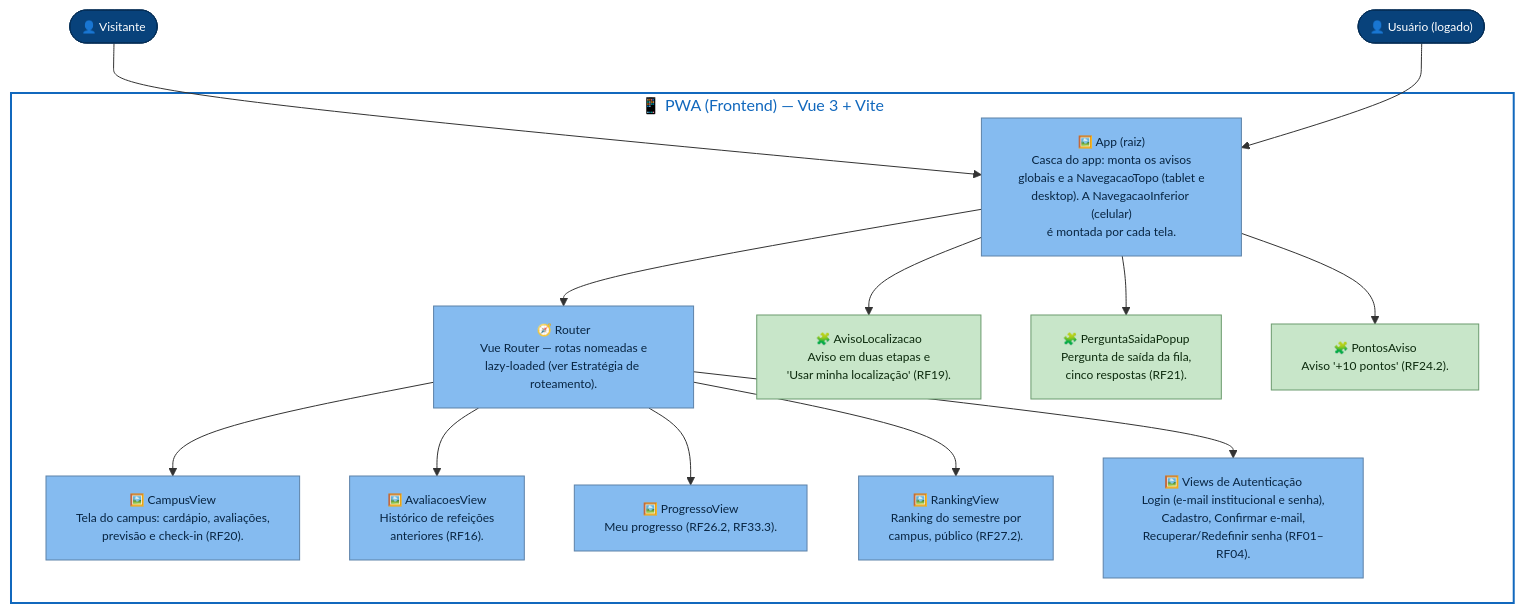
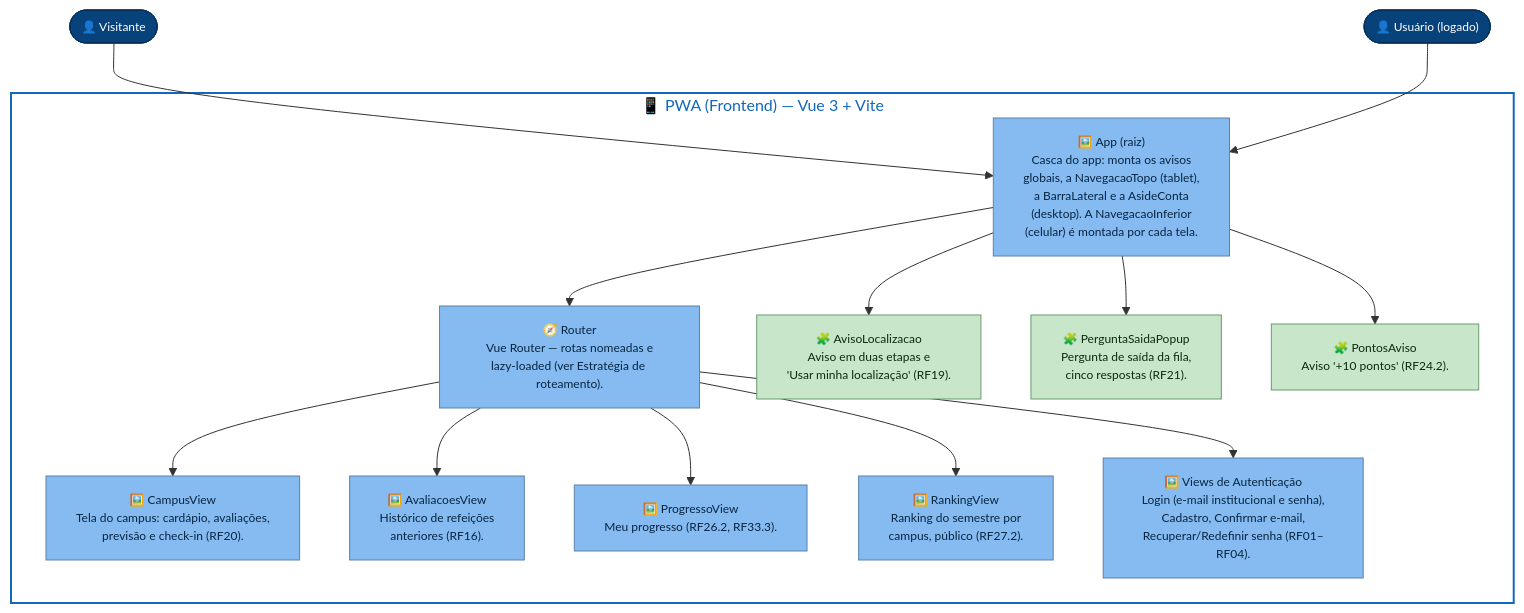
One commit to unb-mds/2026-2-Bandejao-UnB changed the first of 11 diagrams in docs/arquitetura/front-end/c4-niveis-3-4-frontend-bandejao.md. Above: the diagram before and after it, drawn with Mermaid. The commit also changed other lines of this file and 1 other file, not shown here.

````diff
--- a/docs/arquitetura/front-end/c4-niveis-3-4-frontend-bandejao.md
+++ b/docs/arquitetura/front-end/c4-niveis-3-4-frontend-bandejao.md
@@ -58,63 +58,64 @@
 ```mermaid
 flowchart TB
   visitante(["👤 Visitante"])
   usuario(["👤 Usuário (logado)"])
 
   subgraph frontend["📱 PWA (Frontend) — Vue 3 + Vite"]
     app["🖼️ App (raiz)
 Casca do app: monta os avisos
-globais e a NavegacaoTopo (tablet e
-desktop). A NavegacaoInferior (celular)
-é montada por cada tela."]
+globais, a NavegacaoTopo (tablet),
+a BarraLateral e a AsideConta
+(desktop). A NavegacaoInferior
+(celular) é montada por cada tela."]
     router["🧭 Router
 Vue Router — rotas nomeadas e
 lazy-loaded (ver Estratégia de roteamento)."]
 
     campusView["🖼️ CampusView
 Tela do campus: cardápio, avaliações,
 previsão e check-in (RF20)."]
     avaliacoesView["🖼️ AvaliacoesView
 Histórico de refeições
 anteriores (RF16)."]
     progressoView["🖼️ ProgressoView
 Meu progresso (RF26.2, RF33.3)."]
     rankingView["🖼️ RankingView
 Ranking do semestre por
 campus, público (RF27.2)."]
     authViews["🖼️ Views de Autenticação
 Login (e-mail institucional e senha),
 Cadastro, Confirmar e-mail,
 Recuperar/Redefinir senha (RF01–RF04)."]
 
     avisoLocalizacao["🧩 AvisoLocalizacao
 Aviso em duas etapas e
 'Usar minha localização' (RF19)."]
     perguntaSaida["🧩 PerguntaSaidaPopup
 Pergunta de saída da fila,
 cinco respostas (RF21)."]
     pontosAviso["🧩 PontosAviso
 Aviso '+10 pontos' (RF24.2)."]
   end
 
   visitante --> app
   usuario --> app
   app --> router
   app --> avisoLocalizacao
   app --> perguntaSaida
   app --> pontosAviso
   router --> campusView
   router --> avaliacoesView
   router --> progressoView
   router --> rankingView
   router --> authViews
 
   classDef person fill:#08427b,stroke:#052e56,color:#fff,font-size:12px
   classDef view fill:#85bbf0,stroke:#5d82a8,color:#082542,font-size:12px
   classDef component fill:#c8e6c9,stroke:#6b9b6e,color:#0d2b0e,font-size:12px
   classDef boundary fill:#ffffff,stroke:#1168bd,stroke-width:2px,color:#1168bd
 
   class visitante,usuario person
   class app,router,campusView,avaliacoesView,progressoView,rankingView,authViews view
   class avisoLocalizacao,perguntaSaida,pontosAviso component
   class frontend boundary
 ```
````
